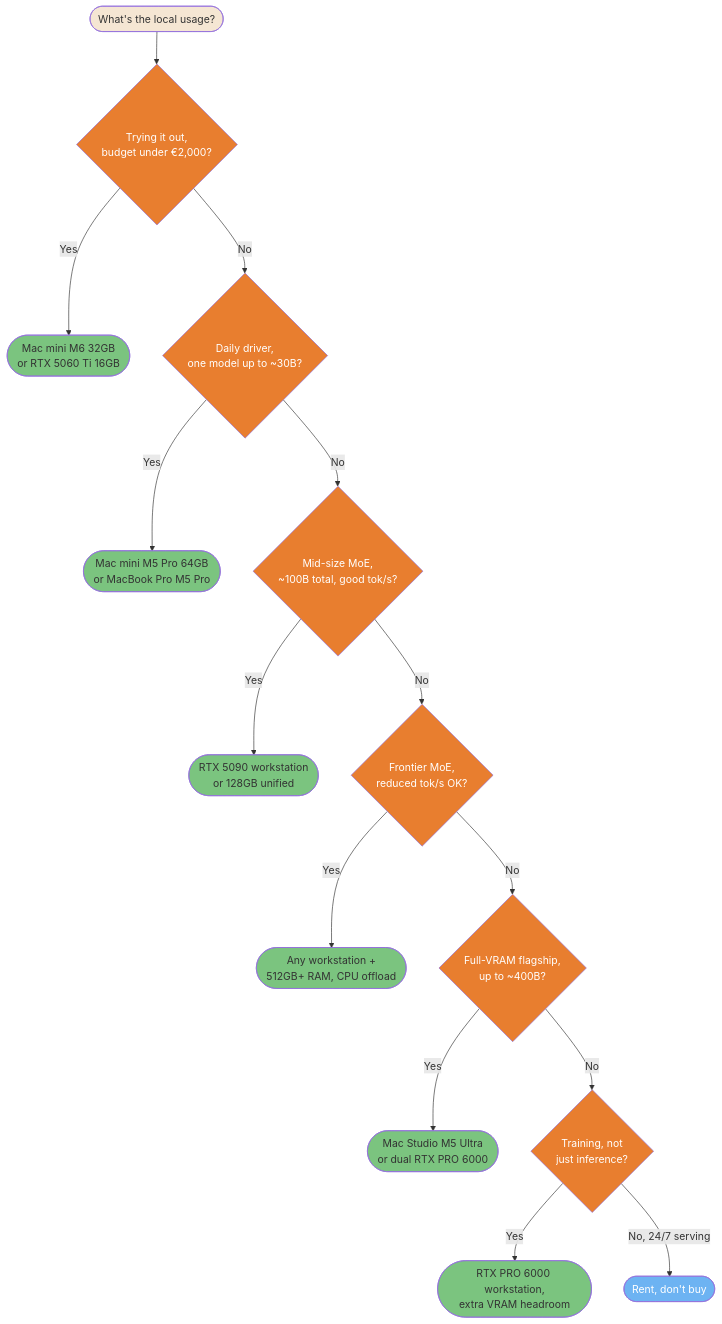
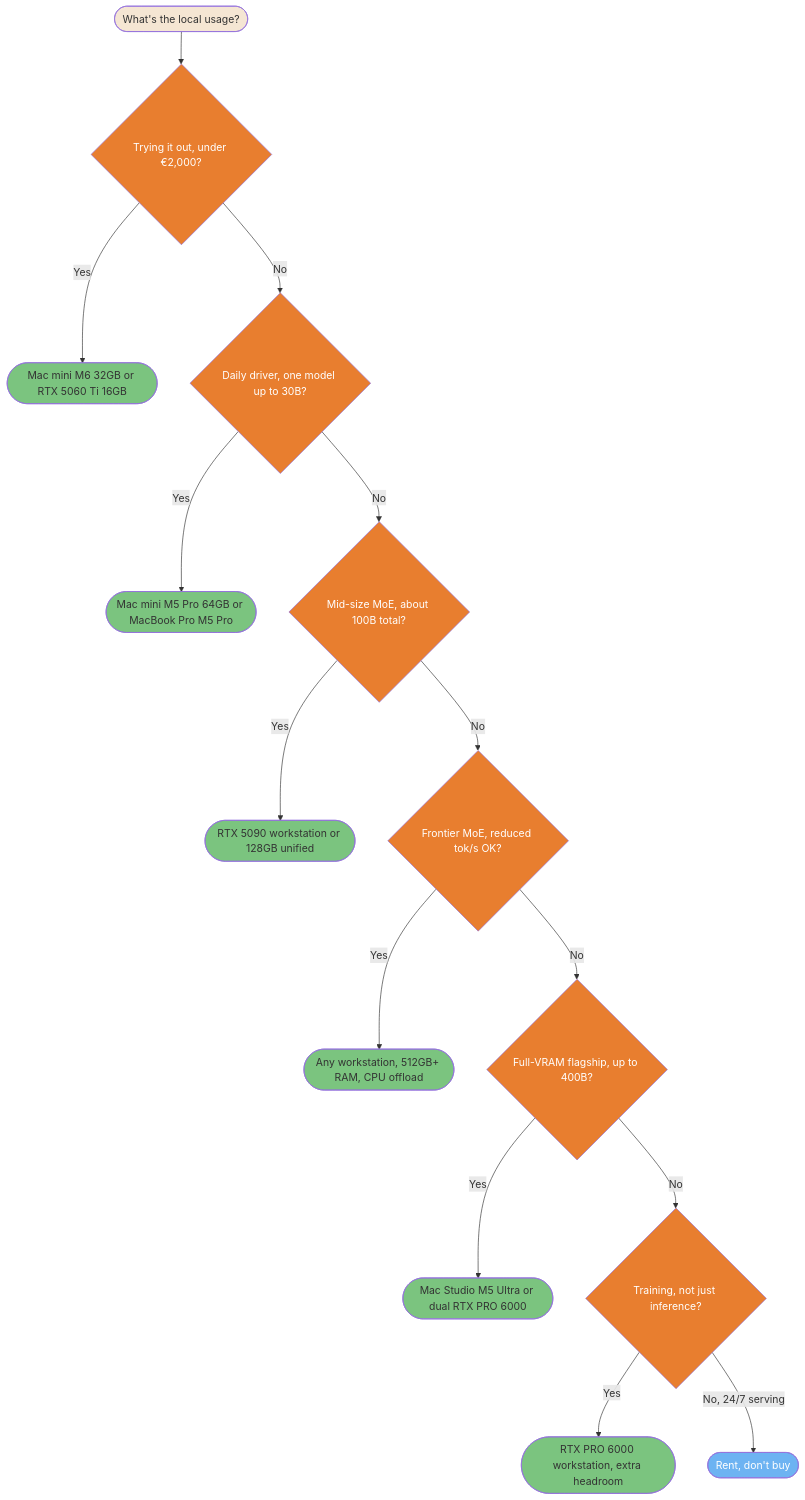
Before and after one commit to FlorianBruniaux/claude-code-ultimate-guide: the first of 2 diagrams in guide/ecosystem/local-vs-cloud-inference.md, drawn with Mermaid. The commit also changed other lines of this file and 1 other file, not shown here.

First line of the commit message:
fix(ecosystem): fix Mermaid label clipping, swap Maverick for DeepSeek-V4-Flash-0731

````diff
--- a/guide/ecosystem/local-vs-cloud-inference.md
+++ b/guide/ecosystem/local-vs-cloud-inference.md
@@ -129,45 +129,45 @@
 ```mermaid
 flowchart TD
-    A([What's the local usage?]) --> B{Trying it out,<br/>budget under €2,000?}
+    A([What's the local usage?]) --> B{Trying it out, under €2,000?}
 
-    B -->|Yes| C([Mac mini M6 32GB<br/>or RTX 5060 Ti 16GB])
-    B -->|No| D{Daily driver,<br/>one model up to ~30B?}
+    B -->|Yes| C([Mac mini M6 32GB or RTX 5060 Ti 16GB])
+    B -->|No| D{Daily driver, one model up to 30B?}
 
-    D -->|Yes| E([Mac mini M5 Pro 64GB<br/>or MacBook Pro M5 Pro])
-    D -->|No| F{Mid-size MoE,<br/>~100B total, good tok/s?}
+    D -->|Yes| E([Mac mini M5 Pro 64GB or MacBook Pro M5 Pro])
+    D -->|No| F{Mid-size MoE, about 100B total?}
 
-    F -->|Yes| G([RTX 5090 workstation<br/>or 128GB unified])
-    F -->|No| H{Frontier MoE,<br/>reduced tok/s OK?}
+    F -->|Yes| G([RTX 5090 workstation or 128GB unified])
+    F -->|No| H{Frontier MoE, reduced tok/s OK?}
 
-    H -->|Yes| I([Any workstation +<br/>512GB+ RAM, CPU offload])
-    H -->|No| J{Full-VRAM flagship,<br/>up to ~400B?}
+    H -->|Yes| I([Any workstation, 512GB+ RAM, CPU offload])
+    H -->|No| J{Full-VRAM flagship, up to 400B?}
 
-    J -->|Yes| K([Mac Studio M5 Ultra<br/>or dual RTX PRO 6000])
-    J -->|No| L{Training, not<br/>just inference?}
+    J -->|Yes| K([Mac Studio M5 Ultra or dual RTX PRO 6000])
+    J -->|No| L{Training, not just inference?}
 
-    L -->|Yes| M([RTX PRO 6000 workstation,<br/>extra VRAM headroom])
+    L -->|Yes| M([RTX PRO 6000 workstation, extra headroom])
     L -->|No, 24/7 serving| N([Rent, don't buy])
 
     style A fill:#F5E6D3,color:#333
     style B fill:#E87E2F,color:#fff
     style D fill:#E87E2F,color:#fff
     style F fill:#E87E2F,color:#fff
     style H fill:#E87E2F,color:#fff
     style J fill:#E87E2F,color:#fff
     style L fill:#E87E2F,color:#fff
     style C fill:#7BC47F,color:#333
     style E fill:#7BC47F,color:#333
     style G fill:#7BC47F,color:#333
     style I fill:#7BC47F,color:#333
     style K fill:#7BC47F,color:#333
     style M fill:#7BC47F,color:#333
     style N fill:#6DB3F2,color:#fff
 
     click C href "#thirteen-comparable-hardware-configurations" "Entry tier"
     click E href "#thirteen-comparable-hardware-configurations" "Daily driver tier"
     click G href "#what-actually-fits-named-models" "Mid-size MoE tier"
     click I href "#what-actually-fits-named-models" "CPU-offload MoE serving"
     click K href "#what-actually-fits-named-models" "Full-VRAM flagship tier"
     click M href "#thirteen-comparable-hardware-configurations" "Training headroom"
     click N href "#cloud-gpu-rental-pricing" "Rent instead of buy"
 ```
````
